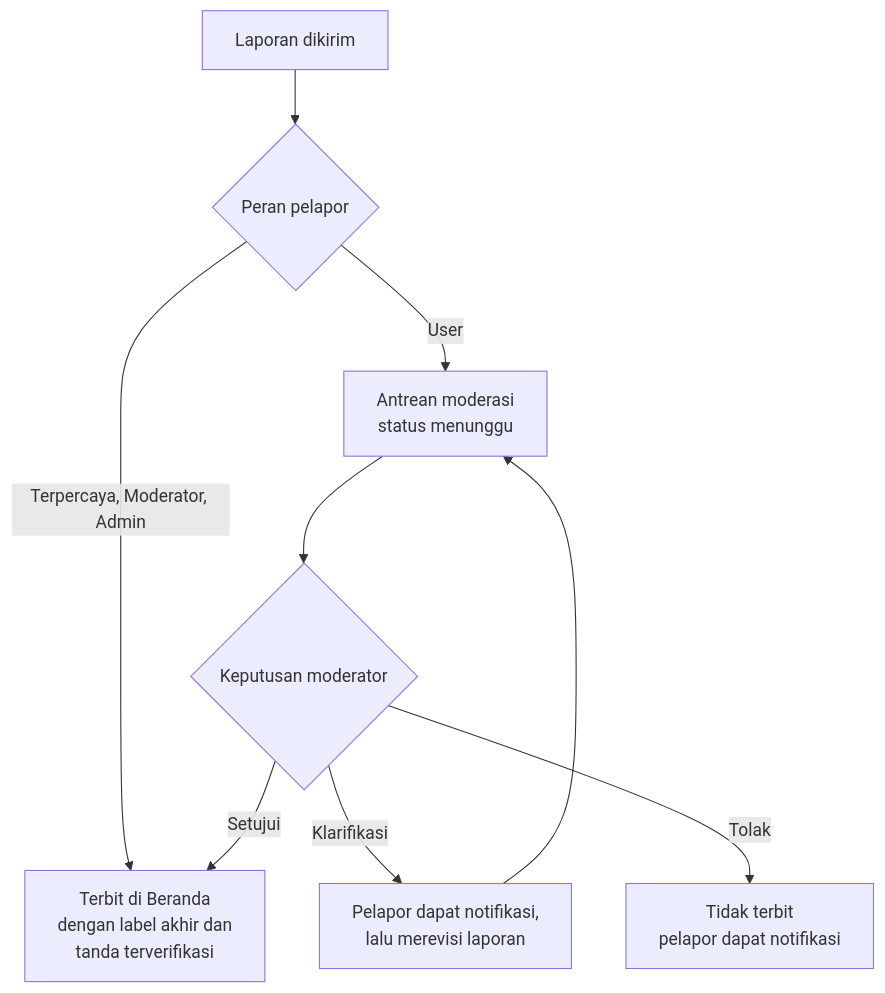
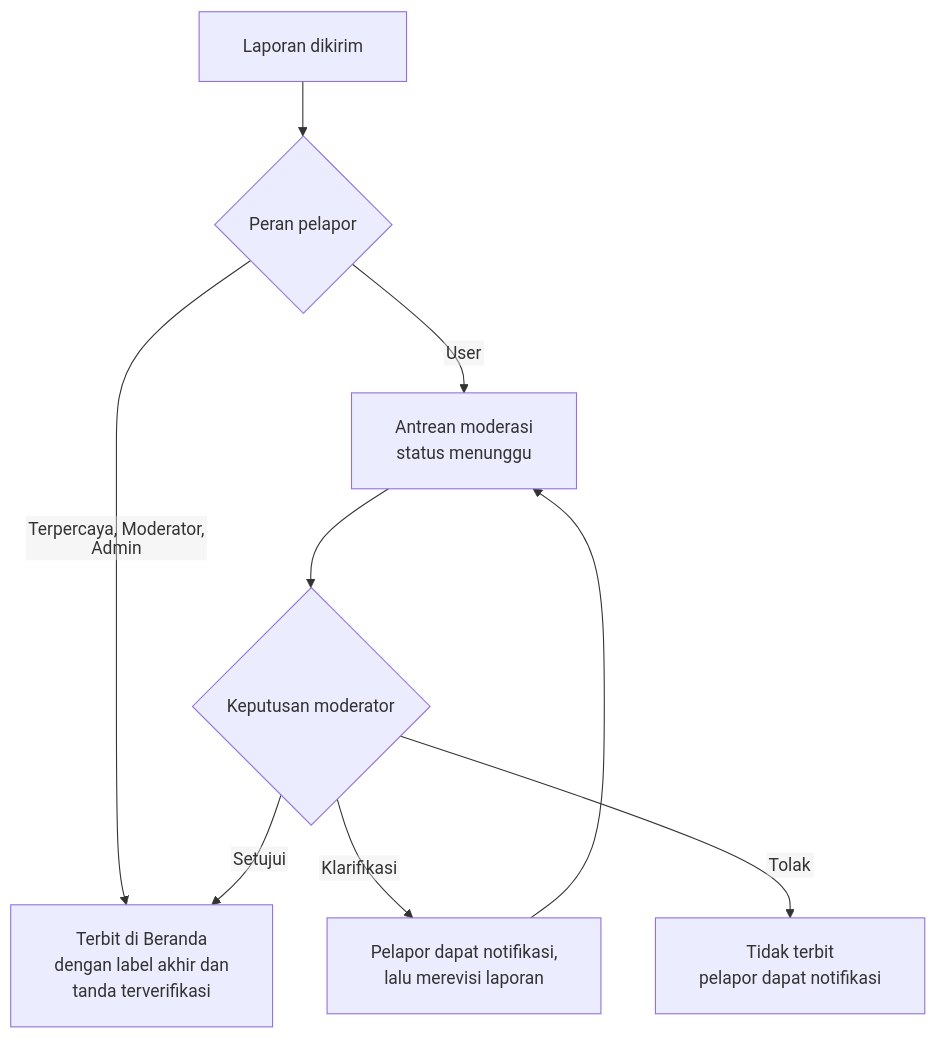
Before and after one commit to ZaidAlHibb/ITIHIX: the second of 12 diagrams in README.md, drawn with Mermaid. The commit also changed other lines of this file, not shown here.

````diff
--- a/README.md
+++ b/README.md
@@ -317,11 +321,12 @@
 ```mermaid
+%%{init: {"flowchart": {"htmlLabels": false, "padding": 20}, "themeVariables": {"fontFamily": "Arial, Helvetica, sans-serif"}}}%%
 flowchart TD
     A[Laporan dikirim] --> B{Peran pelapor}
     B -->|Terpercaya, Moderator, Admin| F
     B -->|User| C[Antrean moderasi<br/>status menunggu]
     C --> D{Keputusan moderator}
     D -->|Setujui| F[Terbit di Beranda<br/>dengan label akhir dan<br/>tanda terverifikasi]
     D -->|Klarifikasi| E[Pelapor dapat notifikasi,<br/>lalu merevisi laporan]
     E --> C
     D -->|Tolak| G[Tidak terbit<br/>pelapor dapat notifikasi]
 ```
````
